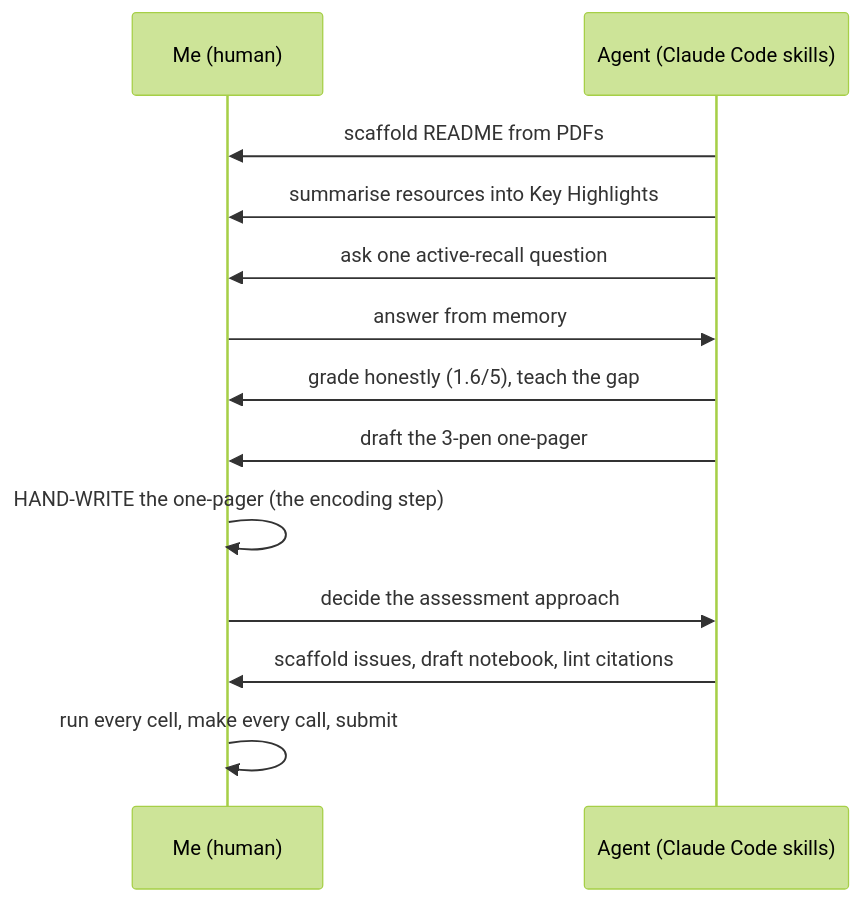
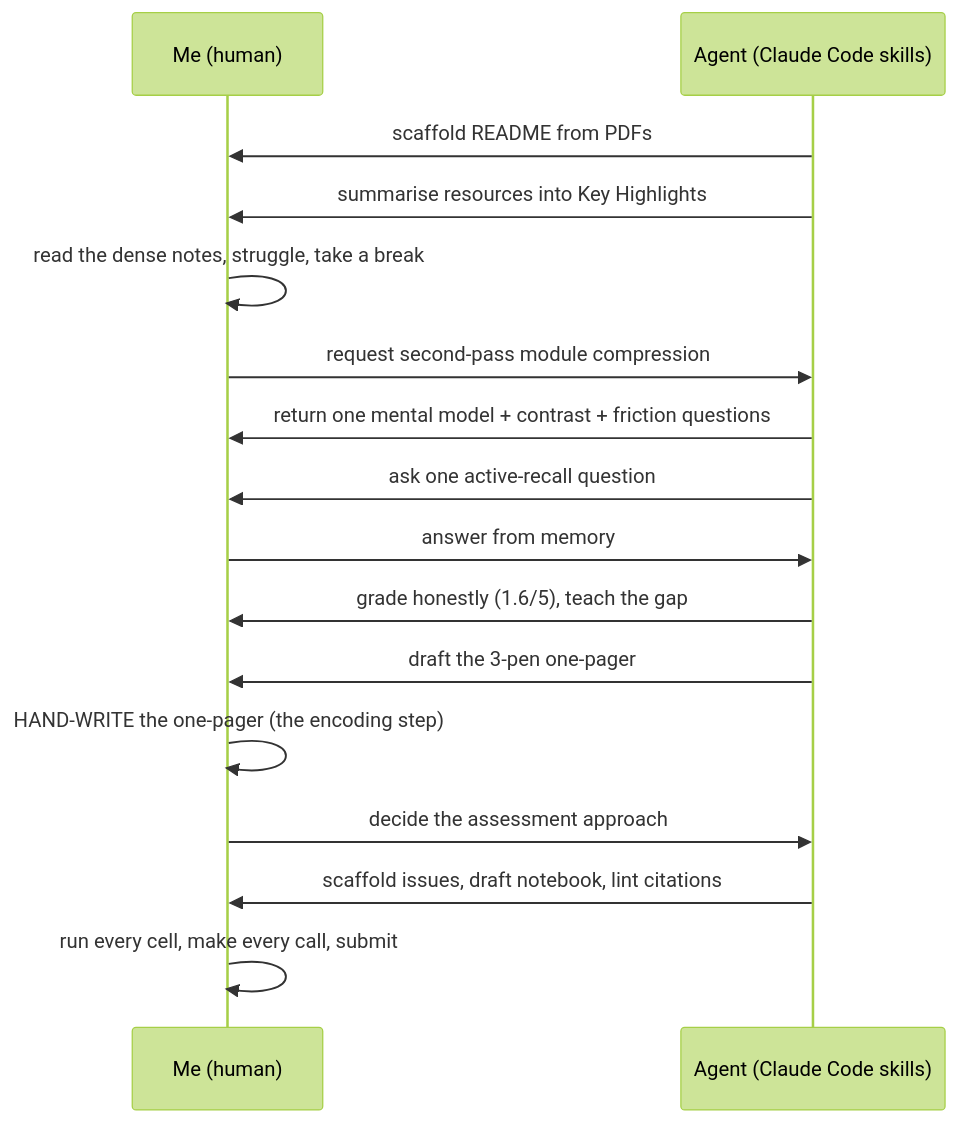
Before and after one commit to lfariabr/luisfaria.dev: the third of 4 diagrams in _docs/buildInPublic/devTo/2026_06_30_agentic-study-pipeline.md, drawn with Mermaid (forest theme). The commit also changed other lines of this file, not shown here.

````diff
--- a/_docs/buildInPublic/devTo/2026_06_30_agentic-study-pipeline.md
+++ b/_docs/buildInPublic/devTo/2026_06_30_agentic-study-pipeline.md
@@ -226,15 +286,18 @@
 ```mermaid
 sequenceDiagram
     participant U as Me (human)
     participant A as Agent (Claude Code skills)
     A->>U: scaffold README from PDFs
     A->>U: summarise resources into Key Highlights
+    U->>U: read the dense notes, struggle, take a break
+    U->>A: request second-pass module compression
+    A->>U: return one mental model + contrast + friction questions
     A->>U: ask one active-recall question
     U->>A: answer from memory
     A->>U: grade honestly (1.6/5), teach the gap
     A->>U: draft the 3-pen one-pager
     U->>U: HAND-WRITE the one-pager (the encoding step)
     U->>A: decide the assessment approach
     A->>U: scaffold issues, draft notebook, lint citations
     U->>U: run every cell, make every call, submit
 ```
````
